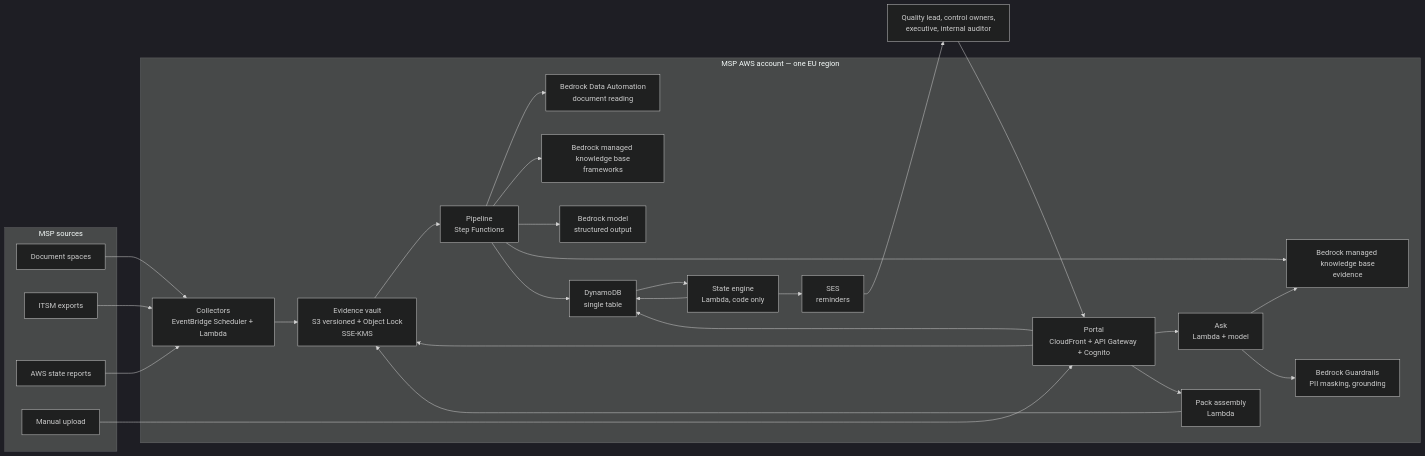
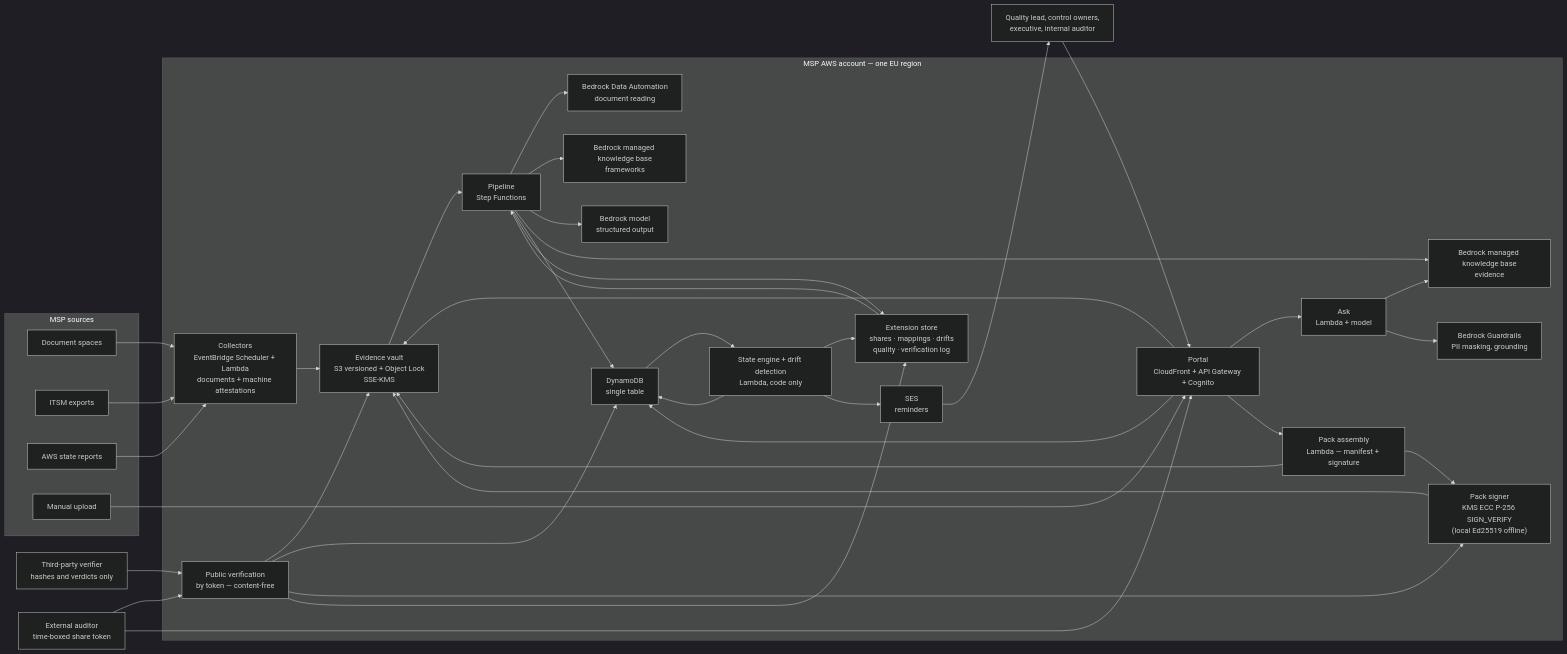
The first of 4 diagrams in docs/ARCHITECTURE.md (BaptisteFaisy/registre), drawn with Mermaid (dark theme) before and after one commit. The commit also changed other lines of this file and 106 other files, not shown here.

````diff
--- a/docs/ARCHITECTURE.md
+++ b/docs/ARCHITECTURE.md
@@ -13,51 +23,69 @@
 ```mermaid
 flowchart LR
   subgraph SRC["MSP sources"]
     DOCS["Document spaces"]
     ITSM["ITSM exports"]
     AWSR["AWS state reports"]
     MAN["Manual upload"]
   end
 
   subgraph AWS["MSP AWS account — one EU region"]
-    COL["Collectors<br/>EventBridge Scheduler + Lambda"]
+    COL["Collectors<br/>EventBridge Scheduler + Lambda<br/>documents + machine attestations"]
     VAULT["Evidence vault<br/>S3 versioned + Object Lock<br/>SSE-KMS"]
     PIPE["Pipeline<br/>Step Functions"]
     BDA["Bedrock Data Automation<br/>document reading"]
     KBR["Bedrock managed knowledge base<br/>frameworks"]
     KBE["Bedrock managed knowledge base<br/>evidence"]
     LLM["Bedrock model<br/>structured output"]
     GR["Bedrock Guardrails<br/>PII masking, grounding"]
-    ENG["State engine<br/>Lambda, code only"]
+    ENG["State engine + drift detection<br/>Lambda, code only"]
     DB["DynamoDB<br/>single table"]
+    EXT["Extension store<br/>shares · mappings · drifts<br/>quality · verification log"]
     QA["Ask<br/>Lambda + model"]
-    EXP["Pack assembly<br/>Lambda"]
+    EXP["Pack assembly<br/>Lambda — manifest + signature"]
+    SIGN["Pack signer<br/>KMS ECC P-256 SIGN_VERIFY<br/>(local Ed25519 offline)"]
+    VER["Public verification<br/>by token — content-free"]
     PORTAL["Portal<br/>CloudFront + API Gateway + Cognito"]
     NOTIF["SES<br/>reminders"]
   end
 
   USERS["Quality lead, control owners,<br/>executive, internal auditor"]
+  THIRD["Third-party verifier<br/>hashes and verdicts only"]
+  AUD["External auditor<br/>time-boxed share token"]
+
   DOCS --> COL
   ITSM --> COL
   AWSR --> COL
   MAN --> PORTAL
   COL --> VAULT
   PORTAL --> VAULT
   VAULT --> PIPE
   PIPE --> BDA
   PIPE --> KBR
   PIPE --> LLM
   PIPE --> KBE
   PIPE --> DB
+  PIPE --> EXT
+  EXT --> PIPE
   DB --> ENG
   ENG --> DB
+  ENG --> EXT
   ENG --> NOTIF
   NOTIF --> USERS
   USERS --> PORTAL
   PORTAL --> DB
   PORTAL --> QA
   QA --> KBE
   QA --> GR
   PORTAL --> EXP
   EXP --> VAULT
+  EXP --> SIGN
+  SIGN --> VAULT
+  THIRD --> VER
+  AUD --> VER
+  VER --> VAULT
+  VER --> DB
+  VER --> SIGN
+  VER --> EXT
+  AUD --> PORTAL
 ```
````
